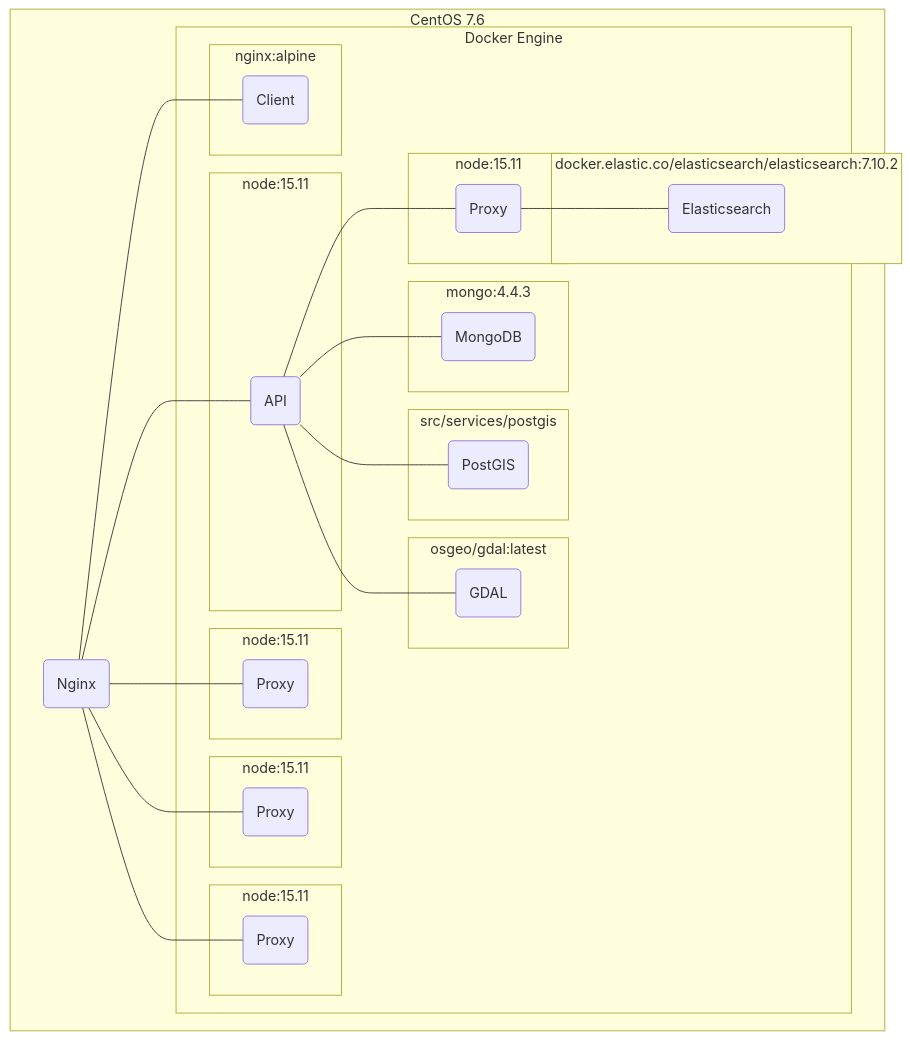
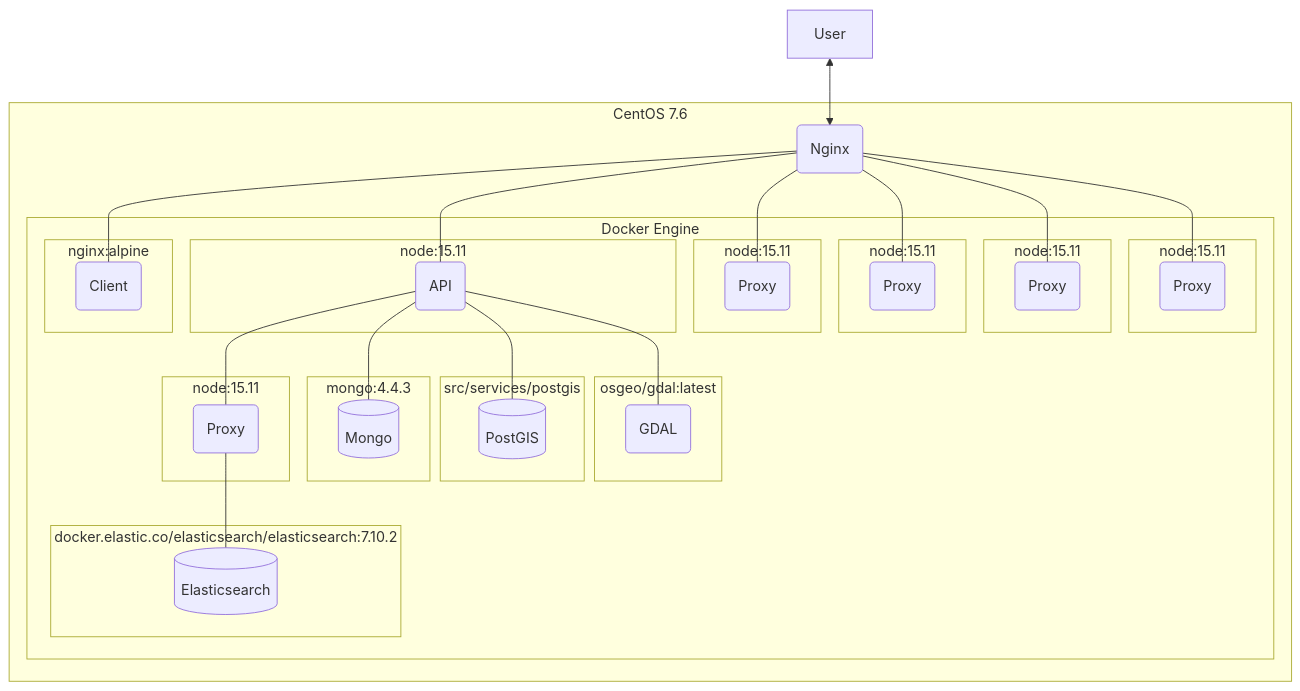
The diagram in diagrams/src/physical-view.mmd (SAEON/data-portal), drawn with Mermaid before and after one commit.

Commit message:
Updated diagram to show user entry point

```diff
--- a/diagrams/src/physical-view.mmd
+++ b/diagrams/src/physical-view.mmd
@@ -1,57 +1,63 @@
-graph 
+flowchart TD
+
+    User <--> Nginx
 
     %% CentOS boundary
     subgraph CentOS_boundary ["CentOS 7.6"]
 
         Nginx(Nginx) --- Client
         Nginx --- ClientProxy1
         Nginx --- ClientProxy2
         Nginx --- ClientProxy3
+        Nginx --- ClientProxy4
         Nginx --- API
 
         %% Docker Engine boundary
         subgraph Docker_boundary ["Docker Engine"]
 
             %% Docker container boundaries
             subgraph 1 ["nginx:alpine"]
                 Client(Client)
             end
             subgraph 2 ["node:15.11"]
                 API(API)
             end
             subgraph 3a ["node:15.11"]
                 ClientProxy1(Proxy)
             end     
             subgraph 3b ["node:15.11"]
                 ClientProxy2(Proxy)
             end     
             subgraph 3c ["node:15.11"]
                 ClientProxy3(Proxy)
-            end                     
+            end    
+            subgraph 3d ["node:15.11"]
+                ClientProxy4(Proxy)
+            end                                 
             subgraph 4 ["node:15.11"]
                 ApiProxy(Proxy)
             end
             subgraph 5 ["docker.elastic.co/elasticsearch/elasticsearch:7.10.2"]
-                Elasticsearch(Elasticsearch)
+                Elasticsearch[(Elasticsearch)]
             end     
             subgraph 6 ["mongo:4.4.3"]
-                Mongo(MongoDB)
+                Mongo[(Mongo)]
             end    
             subgraph 7 ["src/services/postgis"]
-                PostGIS(PostGIS)
+                PostGIS[(PostGIS)]
             end
             subgraph 8 ["osgeo/gdal:latest"]
                 GDAL(GDAL)
             end
 
             %% Topology
             API --- ApiProxy
             API --- Mongo
             API --- PostGIS
             API --- GDAL
             ApiProxy --- Elasticsearch
 
         end
 
   
     end
```
